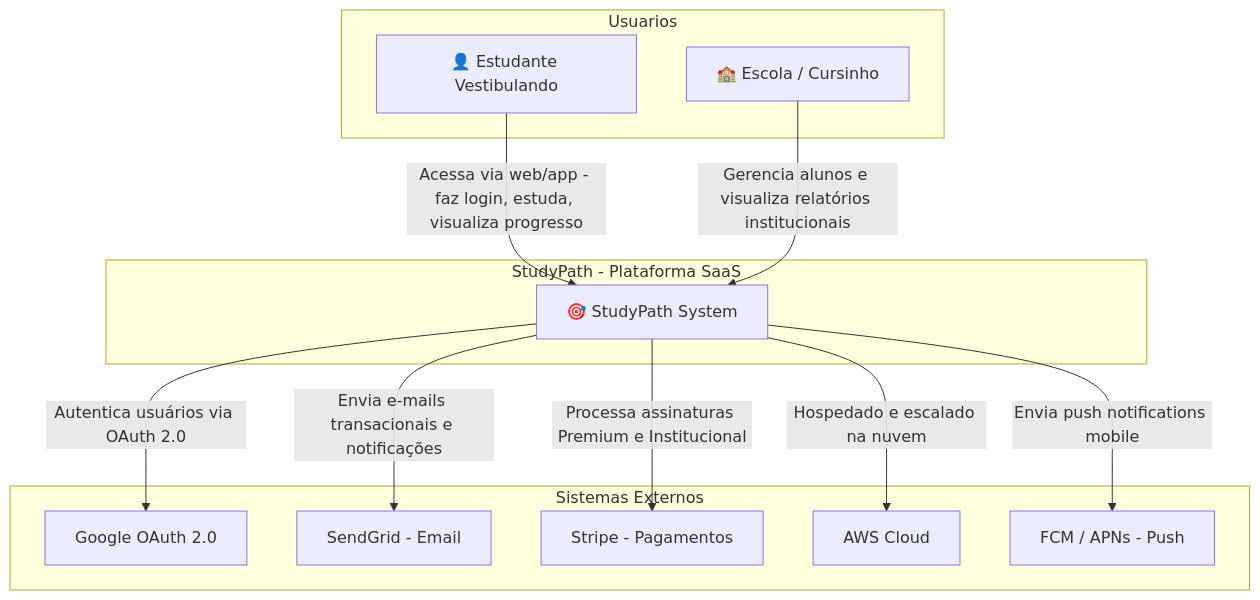
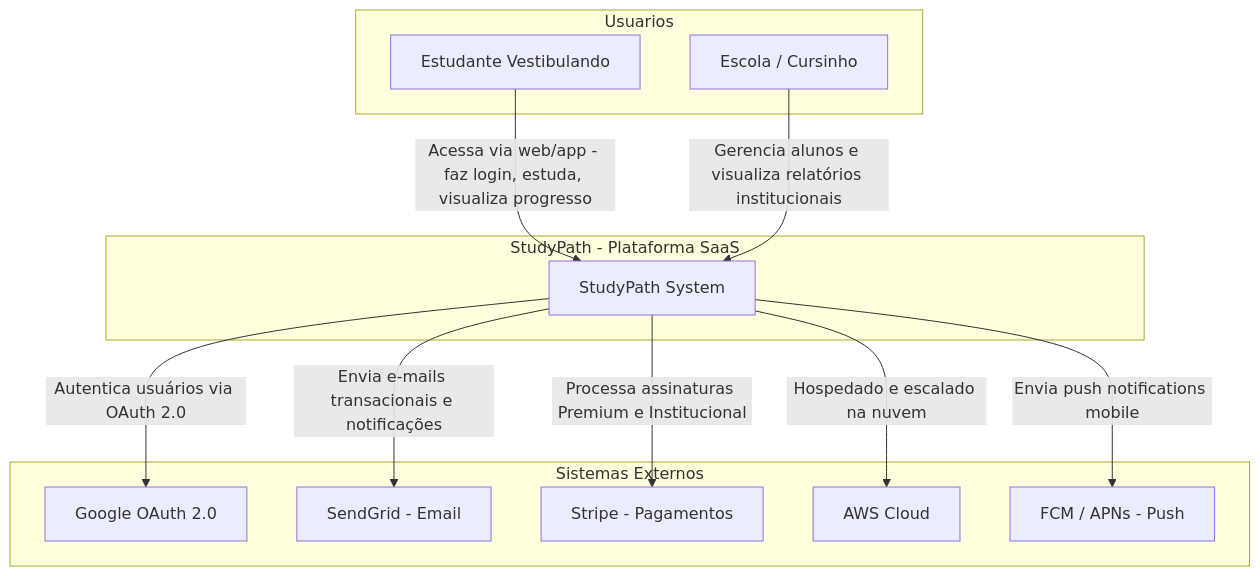
One commit to mindrodr/studypath-vestibular changed the diagram in studypath/docs/architecture/c1-context.md. Above: the diagram before and after it, drawn with Mermaid.

Commit message:
Remove emojis from architecture diagram

````diff
--- a/studypath/docs/architecture/c1-context.md
+++ b/studypath/docs/architecture/c1-context.md
@@ -5,27 +5,27 @@
 ```mermaid
 graph TB
     subgraph Usuarios
-        A[👤 Estudante Vestibulando]
-        B[🏫 Escola / Cursinho]
+        A[Estudante Vestibulando]
+        B[Escola / Cursinho]
     end
 
     subgraph StudyPath_SaaS [StudyPath - Plataforma SaaS]
-        C[🎯 StudyPath System]
+        C[StudyPath System]
     end
 
     subgraph Externos [Sistemas Externos]
         D[Google OAuth 2.0]
         E[SendGrid - Email]
         F[Stripe - Pagamentos]
         G[AWS Cloud]
         H[FCM / APNs - Push]
     end
 
     A -->|Acessa via web/app - faz login, estuda, visualiza progresso| C
     B -->|Gerencia alunos e visualiza relatórios institucionais| C
     C -->|Autentica usuários via OAuth 2.0| D
     C -->|Envia e-mails transacionais e notificações| E
     C -->|Processa assinaturas Premium e Institucional| F
     C -->|Hospedado e escalado na nuvem| G
     C -->|Envia push notifications mobile| H
 ```
````
